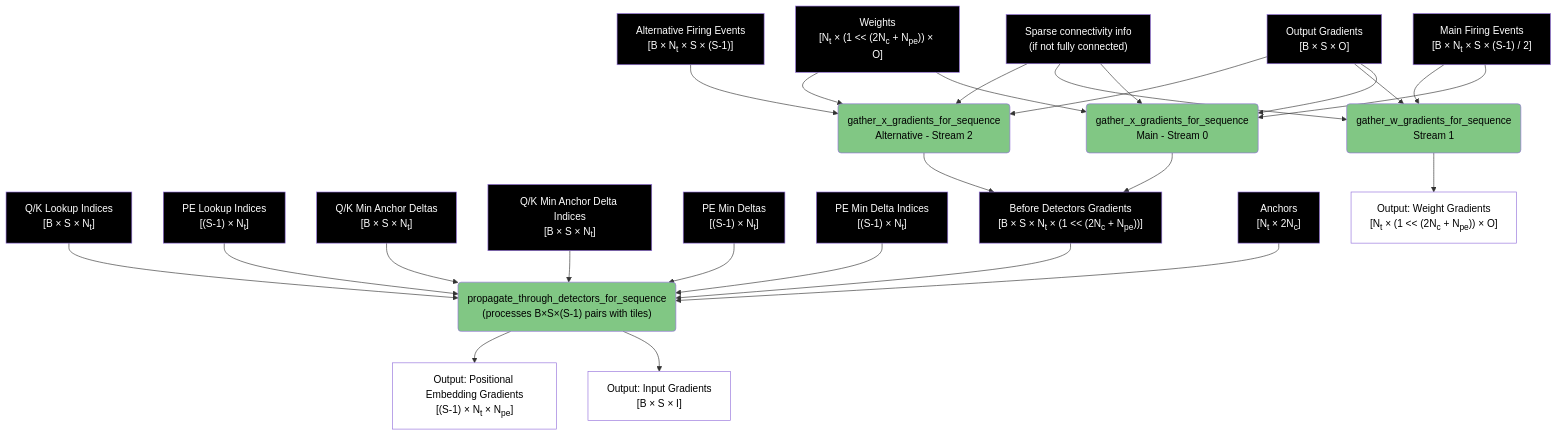
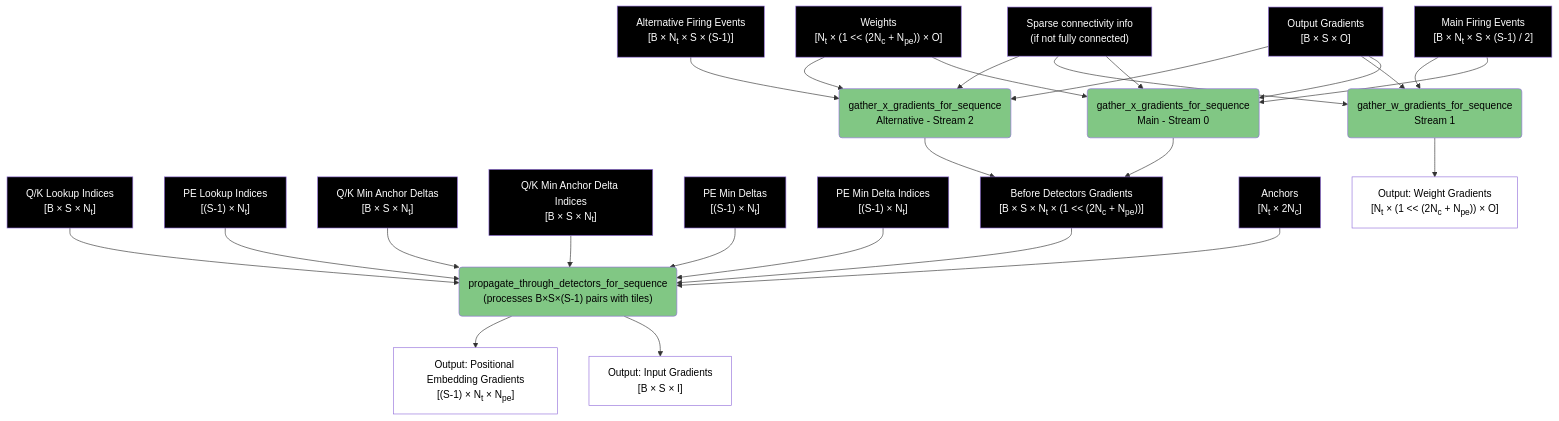
The sixth of 6 diagrams in spiky_cuda/lut/doc/LUT_RUNTIME_DATA_FLOW.md (anatoli-starostin/spiky), drawn with Mermaid before and after one commit. The commit also changed other lines of this file, not shown here.

Commit message:
LUT in progress

````diff
--- a/spiky_cuda/lut/doc/LUT_RUNTIME_DATA_FLOW.md
+++ b/spiky_cuda/lut/doc/LUT_RUNTIME_DATA_FLOW.md
@@ -219,57 +219,57 @@
 ```mermaid
 flowchart TD
     A["Output Gradients<br/>[B × S × O]"] --> B("gather_x_gradients_for_sequence<br/>Main - Stream 0")
     A --> C("gather_w_gradients_for_sequence<br/>Stream 1")
     A --> D("gather_x_gradients_for_sequence<br/>Alternative - Stream 2")
     
     E["Main Firing Events<br/>[B × N<sub>t</sub> × S × (S-1) / 2]"] --> B
     E --> C
     F["Alternative Firing Events<br/>[B × N<sub>t</sub> × S × (S-1)]"] --> D
     
     L3["Q/K Lookup Indices<br/>[B × S × N<sub>t</sub>]"] --> I
     L4["PE Lookup Indices<br/>[(S-1) × N<sub>t</sub>]"] --> I
     M5["Q/K Min Anchor Deltas<br/>[B × S × N<sub>t</sub>]"] --> I
     M6["Q/K Min Anchor Delta Indices<br/>[B × S × N<sub>t</sub>]"] --> I
     M7["PE Min Deltas<br/>[(S-1) × N<sub>t</sub>]"] --> I
     M8["PE Min Delta Indices<br/>[(S-1) × N<sub>t</sub>]"] --> I
     
-    W6["Weights<br/>[N<sub>t</sub> × (1 << (2N<sub>c</sub> + N<sub>pe</sub>)) × O]"] --> B
+    W6["Weights<br/>[N<sub>t</sub>&nbsp;×&nbsp;(1&nbsp;<<&nbsp;(2N<sub>c</sub>&nbsp;+&nbsp;N<sub>pe</sub>))&nbsp;×&nbsp;O]"] --> B
     W6 --> D
     SC4["Sparse connectivity info<br/>(if not fully connected)"] --> B
     SC4 --> C
     SC4 --> D
     
     B --> G["Before Detectors Gradients<br/>[B&nbsp;×&nbsp;S&nbsp;×&nbsp;N<sub>t</sub>&nbsp;×&nbsp;(1&nbsp;<<&nbsp;(2N<sub>c</sub>&nbsp;+&nbsp;N<sub>pe</sub>))]"]
     D --> G
     
     D6["Anchors<br/>[N<sub>t</sub> × 2N<sub>c</sub>]"] --> I("propagate_through_detectors_for_sequence<br/>(processes B×S×(S-1) pairs with tiles)")
     G --> I
     
     I --> J["Output: Input Gradients<br/>[B × S × I]"]
     I --> K["Output: Positional Embedding Gradients<br/>[(S-1) × N<sub>t</sub> × N<sub>pe</sub>]"]
     
     C --> H["Output: Weight Gradients<br/>[N<sub>t</sub>&nbsp;×&nbsp;(1&nbsp;<<&nbsp;(2N<sub>c</sub>&nbsp;+&nbsp;N<sub>pe</sub>))&nbsp;×&nbsp;O]"]
     
     style B fill:#81c784,color:#000000
     style C fill:#81c784,color:#000000
     style D fill:#81c784,color:#000000
     style I fill:#81c784,color:#000000
     style H fill:#ffffff,color:#000000
     style J fill:#ffffff,color:#000000
     style K fill:#ffffff,color:#000000
     style A fill:#000000,color:#ffffff
     style W6 fill:#000000,color:#ffffff
     style E fill:#000000,color:#ffffff
     style F fill:#000000,color:#ffffff
     style L3 fill:#000000,color:#ffffff
     style L4 fill:#000000,color:#ffffff
     style M5 fill:#000000,color:#ffffff
     style M6 fill:#000000,color:#ffffff
     style M7 fill:#000000,color:#ffffff
     style M8 fill:#000000,color:#ffffff
     style D6 fill:#000000,color:#ffffff
     style SC4 fill:#000000,color:#ffffff
     style G fill:#000000,color:#ffffff
     style E fill:#000000,color:#ffffff
     style F fill:#000000,color:#ffffff
 ```
````
